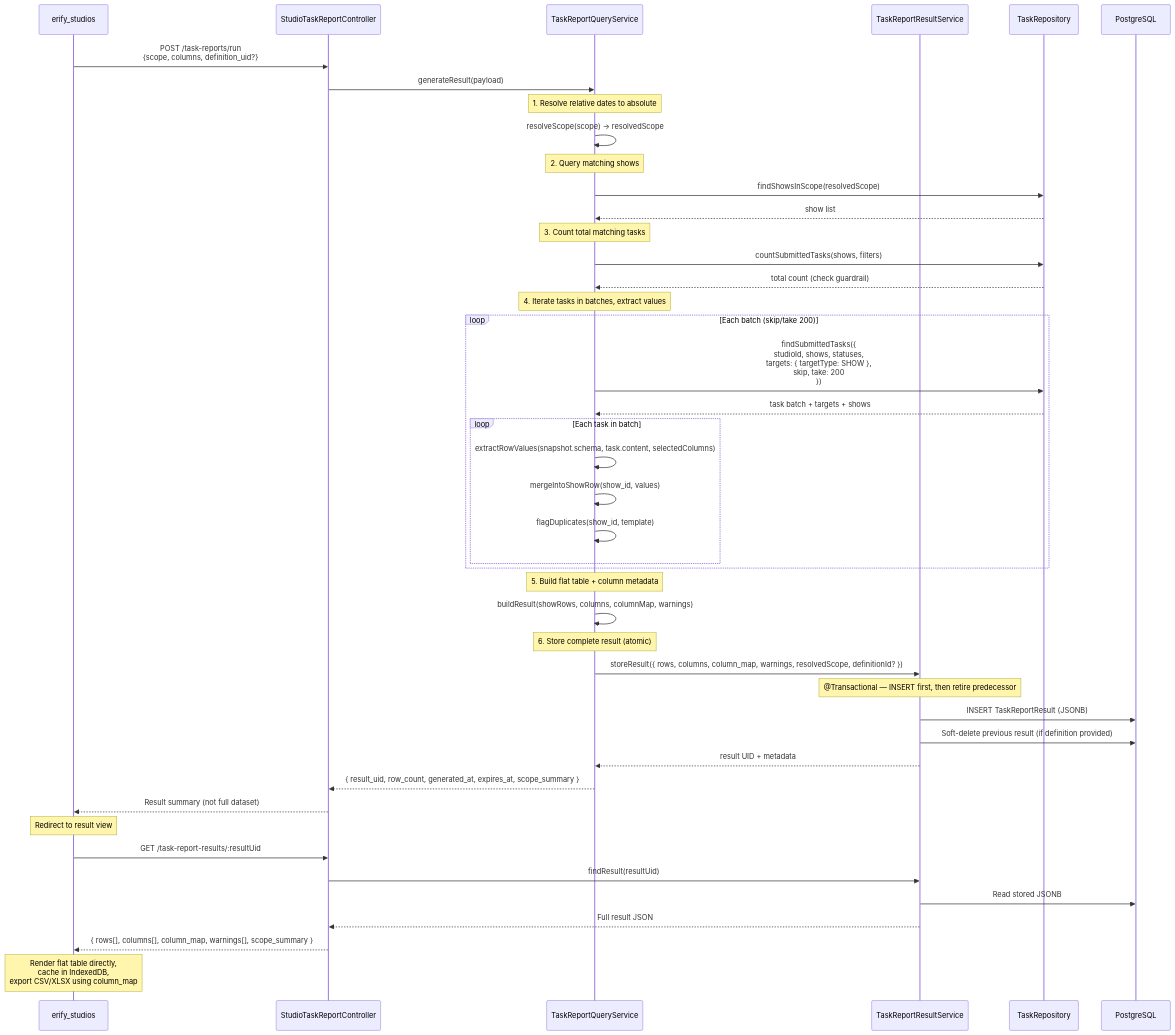
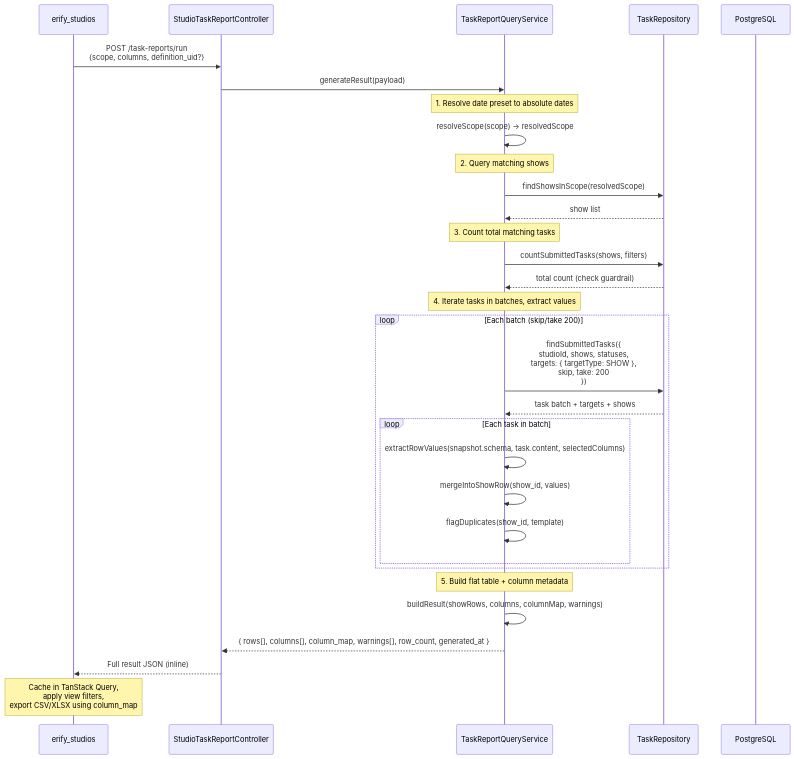
The second of 3 diagrams in apps/erify_api/docs/design/TASK_SUBMISSION_REPORTING_DESIGN.md (allenlin90/eridu-services), drawn with Mermaid before and after one commit. The commit also changed other lines of this file and 4 other files, not shown here.

First line of the commit message:
docs(task-submission-reporting): drop server result storage, add two-level filtering

````diff
--- a/apps/erify_api/docs/design/TASK_SUBMISSION_REPORTING_DESIGN.md
+++ b/apps/erify_api/docs/design/TASK_SUBMISSION_REPORTING_DESIGN.md
@@ -536,57 +427,41 @@
 ```mermaid
 sequenceDiagram
     participant FE as erify_studios
     participant Ctrl as StudioTaskReportController
     participant QS as TaskReportQueryService
-    participant RS as TaskReportResultService
     participant Repo as TaskRepository
     participant DB as PostgreSQL
 
     FE->>Ctrl: POST /task-reports/run<br/>{scope, columns, definition_uid?}
     Ctrl->>QS: generateResult(payload)
 
-    Note over QS: 1. Resolve relative dates to absolute
+    Note over QS: 1. Resolve date preset to absolute dates
     QS->>QS: resolveScope(scope) → resolvedScope
 
     Note over QS: 2. Query matching shows
     QS->>Repo: findShowsInScope(resolvedScope)
     Repo-->>QS: show list
 
     Note over QS: 3. Count total matching tasks
     QS->>Repo: countSubmittedTasks(shows, filters)
     Repo-->>QS: total count (check guardrail)
 
     Note over QS: 4. Iterate tasks in batches, extract values
     loop Each batch (skip/take 200)
         QS->>Repo: findSubmittedTasks({<br/>  studioId, shows, statuses,<br/>  targets: { targetType: SHOW },<br/>  skip, take: 200<br/>})
         Repo-->>QS: task batch + targets + shows
 
         loop Each task in batch
             QS->>QS: extractRowValues(snapshot.schema, task.content, selectedColumns)
             QS->>QS: mergeIntoShowRow(show_id, values)
             QS->>QS: flagDuplicates(show_id, template)
         end
     end
 
     Note over QS: 5. Build flat table + column metadata
     QS->>QS: buildResult(showRows, columns, columnMap, warnings)
 
-    Note over QS: 6. Store complete result (atomic)
-    QS->>RS: storeResult({ rows, columns, column_map, warnings, resolvedScope, definitionId? })
-    Note over RS: @Transactional — INSERT first, then retire predecessor
-    RS->>DB: INSERT TaskReportResult (JSONB)
-    RS->>DB: Soft-delete previous result (if definition provided)
-    RS-->>QS: result UID + metadata
-
-    QS-->>Ctrl: { result_uid, row_count, generated_at, expires_at, scope_summary }
-    Ctrl-->>FE: Result summary (not full dataset)
-
-    Note over FE: Redirect to result view
-
-    FE->>Ctrl: GET /task-report-results/:resultUid
-    Ctrl->>RS: findResult(resultUid)
-    RS->>DB: Read stored JSONB
-    RS-->>Ctrl: Full result JSON
-    Ctrl-->>FE: { rows[], columns[], column_map, warnings[], scope_summary }
-    Note over FE: Render flat table directly,<br/>cache in IndexedDB,<br/>export CSV/XLSX using column_map
+    QS-->>Ctrl: { rows[], columns[], column_map, warnings[], row_count, generated_at }
+    Ctrl-->>FE: Full result JSON (inline)
+    Note over FE: Cache in TanStack Query,<br/>apply view filters,<br/>export CSV/XLSX using column_map
 ```
````
